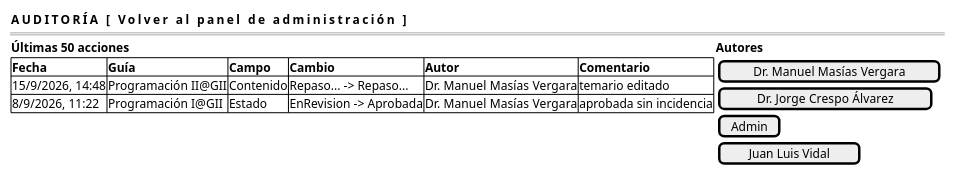
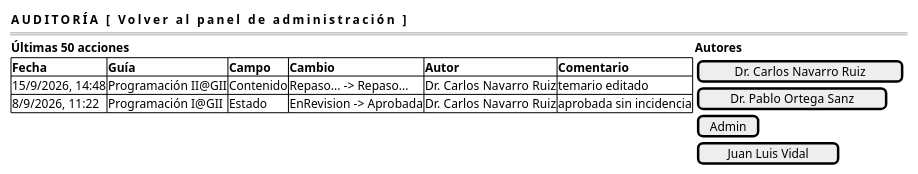
One commit to mmasias/pyCeldaPublico changed the first of 2 diagrams in RUP/01-requisitos/03-detalle-casos-uso/consultarHistorialCambios/wireframes.puml. Above: the diagram before and after it, drawn with PlantUML. The commit also changed other lines of this file and 49 other files, not shown here.

```diff
--- a/RUP/01-requisitos/03-detalle-casos-uso/consultarHistorialCambios/wireframes.puml
+++ b/RUP/01-requisitos/03-detalle-casos-uso/consultarHistorialCambios/wireframes.puml
@@ -1,19 +1,19 @@
 @startsalt consultarHistorialCambios-wireframe
 {
     { <b>AUDITORÍA                                    [ Volver al panel de administración ] }
     ====
     {
     <b>Últimas 50 acciones | <b>Autores
     {#
         <b>Fecha | <b>Guía | <b>Campo | <b>Cambio | <b>Autor | <b>Comentario
-        15/9/2026, 14:48 | Programación II@GII | Contenido | Repaso... -> Repaso... | Dr. Manuel Masías Vergara | temario editado
-        8/9/2026, 11:22 | Programación I@GII | Estado | EnRevision -> Aprobada | Dr. Manuel Masías Vergara | aprobada sin incidencia
+        15/9/2026, 14:48 | Programación II@GII | Contenido | Repaso... -> Repaso... | Dr. Carlos Navarro Ruiz | temario editado
+        8/9/2026, 11:22 | Programación I@GII | Estado | EnRevision -> Aprobada | Dr. Carlos Navarro Ruiz | aprobada sin incidencia
     } | {
-        [ Dr. Manuel Masías Vergara ]
-        [ Dr. Jorge Crespo Álvarez ]
+        [ Dr. Carlos Navarro Ruiz ]
+        [ Dr. Pablo Ortega Sanz ]
         [ Admin ]
         [ Juan Luis Vidal ]
     }
     }
 }
 @endsalt
```
